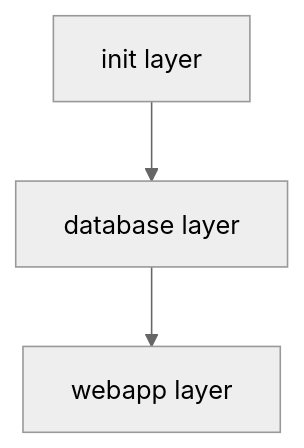
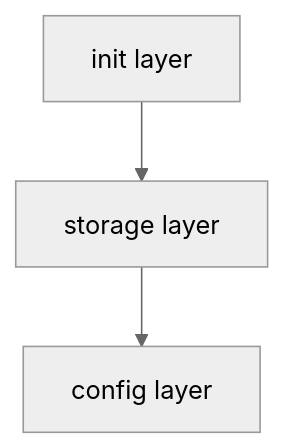
One commit to microsoft/symphony changed the first of 2 diagrams in docs/SAMPLE_APP_ARCHITECTURE.md. Above: the diagram before and after it, drawn with Mermaid (neutral theme). The commit also changed other lines of this file and 106 other files, not shown here.

````diff
--- a/docs/SAMPLE_APP_ARCHITECTURE.md
+++ b/docs/SAMPLE_APP_ARCHITECTURE.md
@@ -23,4 +23,4 @@
 ```mermaid
 graph TD
-  A[init layer] --> B[database layer] --> C[webapp layer]
+  A[init layer] --> B[storage layer] --> C[config layer]
 ```
````
